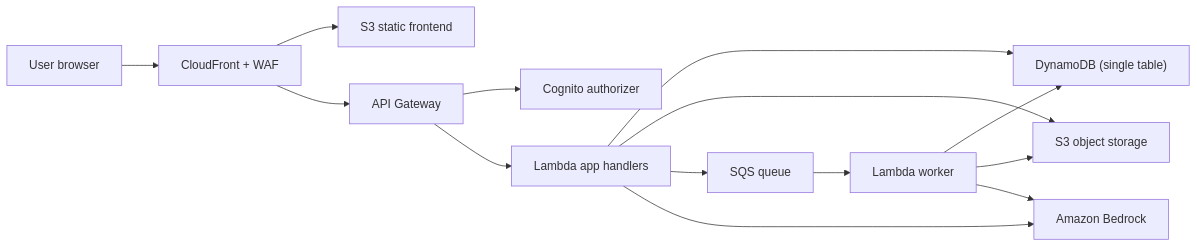
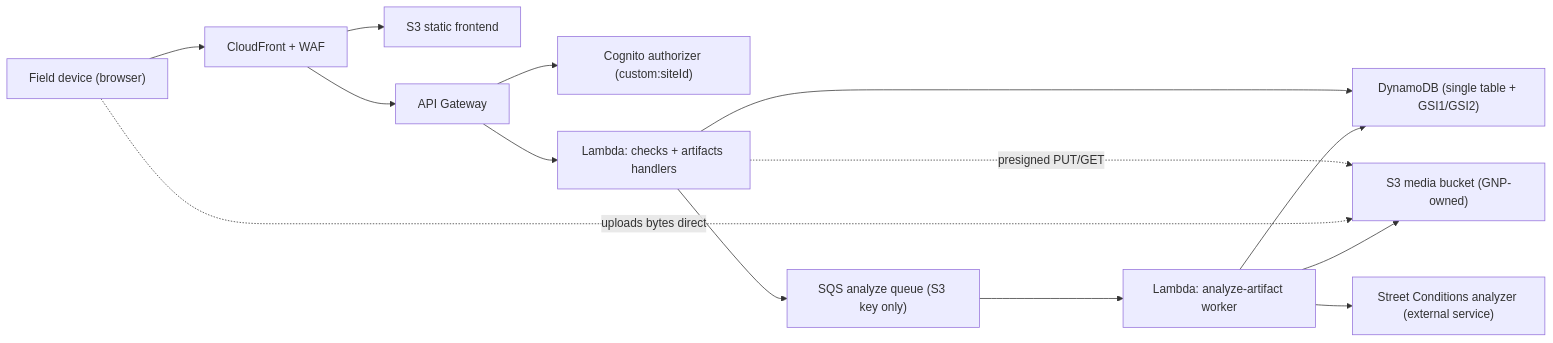
The first of 3 diagrams in docs/architecture.md (Mayor-s-Office-of-Innovation/good-neighbor-app), drawn with Mermaid before and after one commit. The commit also changed other lines of this file and 28 other files, not shown here.

````diff
--- a/docs/architecture.md
+++ b/docs/architecture.md
@@ -3,16 +5,16 @@
 ```mermaid
 flowchart LR
-  user["User browser"] --> cloudfront["CloudFront + WAF"]
+  user["Field device (browser)"] --> cloudfront["CloudFront + WAF"]
   cloudfront --> frontend["S3 static frontend"]
   cloudfront --> api["API Gateway"]
-  api --> cognito["Cognito authorizer"]
-  api --> lambda["Lambda app handlers"]
-  lambda --> dynamodb["DynamoDB (single table)"]
-  lambda --> s3["S3 object storage"]
-  lambda --> sqs["SQS queue"]
-  lambda --> bedrock["Amazon Bedrock"]
-  sqs --> worker["Lambda worker"]
+  api --> cognito["Cognito authorizer (custom:siteId)"]
+  api --> checks["Lambda: checks + artifacts handlers"]
+  checks --> dynamodb["DynamoDB (single table + GSI1/GSI2)"]
+  checks -. presigned PUT/GET .-> media["S3 media bucket (GNP-owned)"]
+  user -. uploads bytes direct .-> media
+  checks --> sqs["SQS analyze queue (S3 key only)"]
+  sqs --> worker["Lambda: analyze-artifact worker"]
+  worker --> media
   worker --> dynamodb
-  worker --> s3
-  worker --> bedrock
+  worker --> analyzer["Street Conditions analyzer (external service)"]
 ```
````
